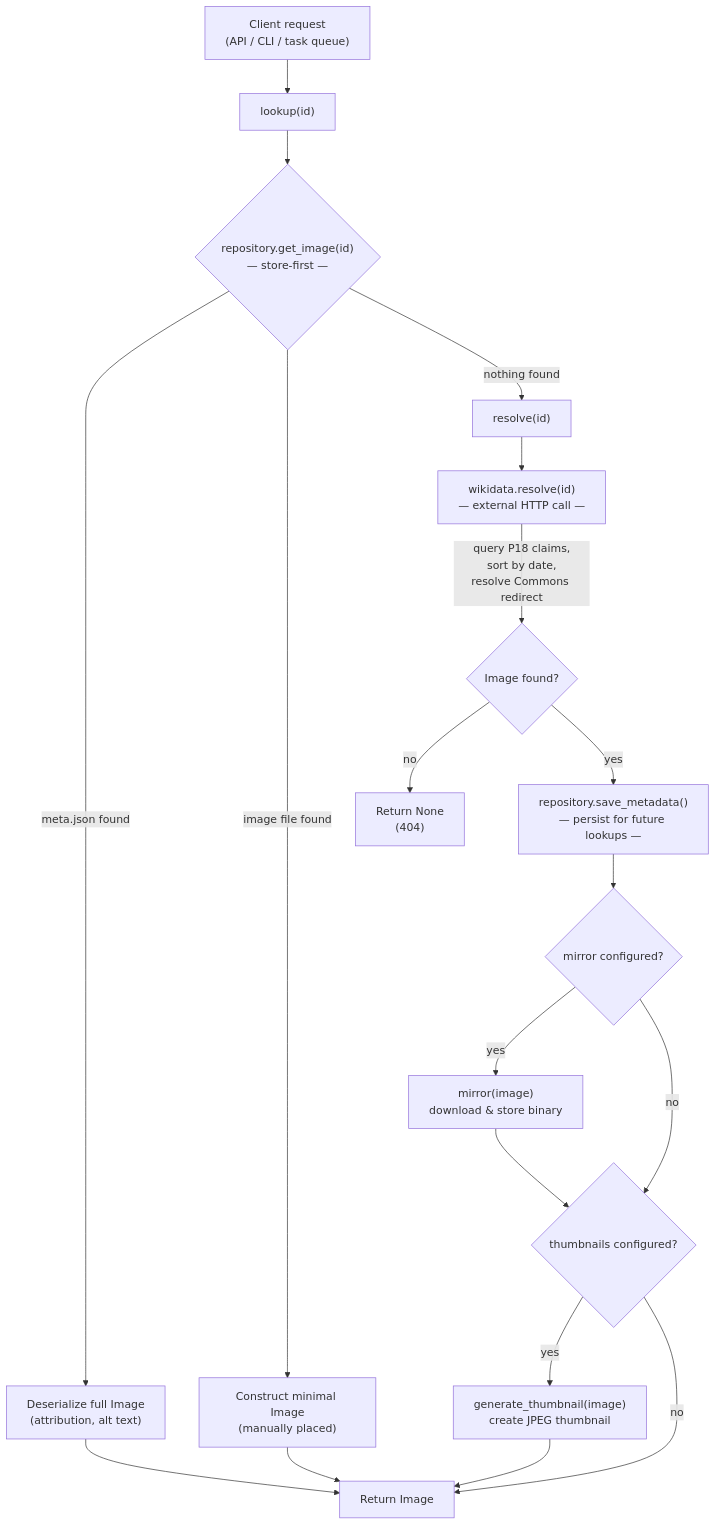
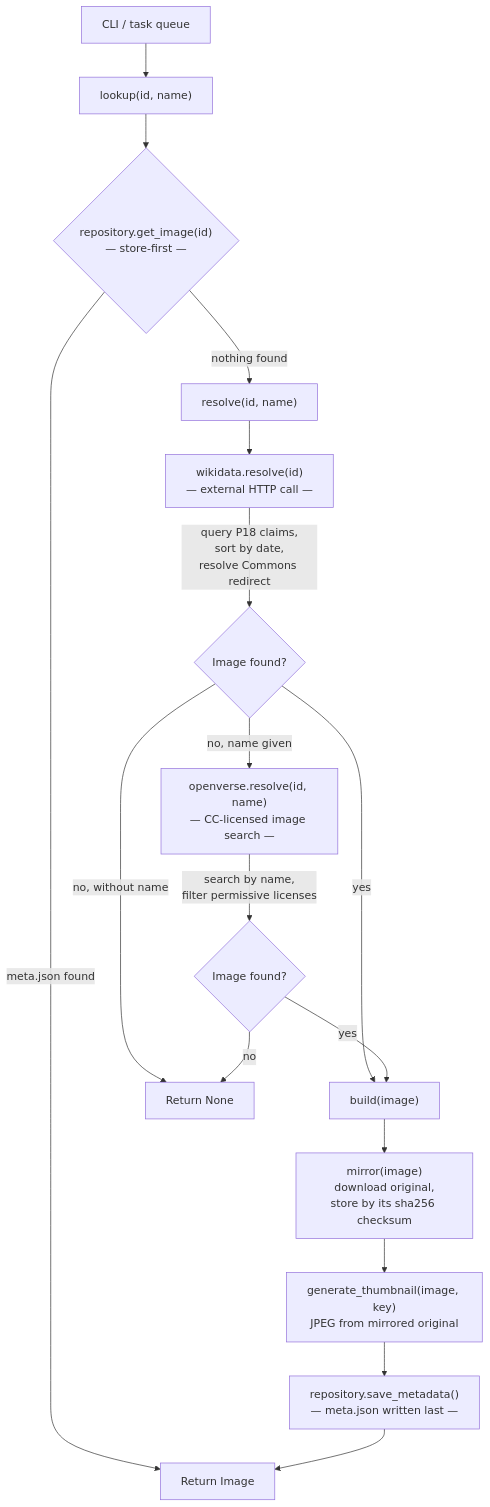
The diagram in docs/reference/resolve.md (dataresearchcenter/ftm-assets), drawn with Mermaid before and after one commit. The commit also changed other lines of this file and 27 other files, not shown here.

````diff
--- a/docs/reference/resolve.md
+++ b/docs/reference/resolve.md
@@ -5,27 +5,24 @@
 ```mermaid
 flowchart TD
-    A["Client request\n(API / CLI / task queue)"] --> B["lookup(id)"]
+    A["CLI / task queue"] --> B["lookup(id, name)"]
     B --> C{"repository.get_image(id)\n— store-first —"}
 
-    C -->|meta.json found| D["Deserialize full Image\n(attribution, alt text)"]
-    C -->|image file found| E["Construct minimal Image\n(manually placed)"]
-    C -->|nothing found| F["resolve(id)"]
-
-    D --> DONE["Return Image"]
-    E --> DONE
+    C -->|meta.json found| DONE["Return Image"]
+    C -->|nothing found| F["resolve(id, name)"]
 
     F --> G["wikidata.resolve(id)\n— external HTTP call —"]
     G -->|"query P18 claims,\nsort by date,\nresolve Commons redirect"| H{Image found?}
 
-    H -->|no| NONE["Return None\n(404)"]
-    H -->|yes| I["repository.save_metadata()\n— persist for future lookups —"]
+    H -->|yes| I["build(image)"]
+    H -->|no, name given| OV["openverse.resolve(id, name)\n— CC-licensed image search —"]
+    H -->|no, without name| NONE["Return None"]
 
-    I --> J{mirror configured?}
-    J -->|yes| K["mirror(image)\ndownload & store binary"]
-    J -->|no| L{thumbnails configured?}
-    K --> L
+    OV -->|"search by name,\nfilter permissive licenses"| OVH{Image found?}
+    OVH -->|no| NONE
+    OVH -->|yes| I
 
-    L -->|yes| M["generate_thumbnail(image)\ncreate JPEG thumbnail"]
-    L -->|no| DONE
-    M --> DONE
+    I --> K["mirror(image)\ndownload original,\nstore by its sha256 checksum"]
+    K --> M["generate_thumbnail(image, key)\nJPEG from mirrored original"]
+    M --> N["repository.save_metadata()\n— meta.json written last —"]
+    N --> DONE
 ```
````
